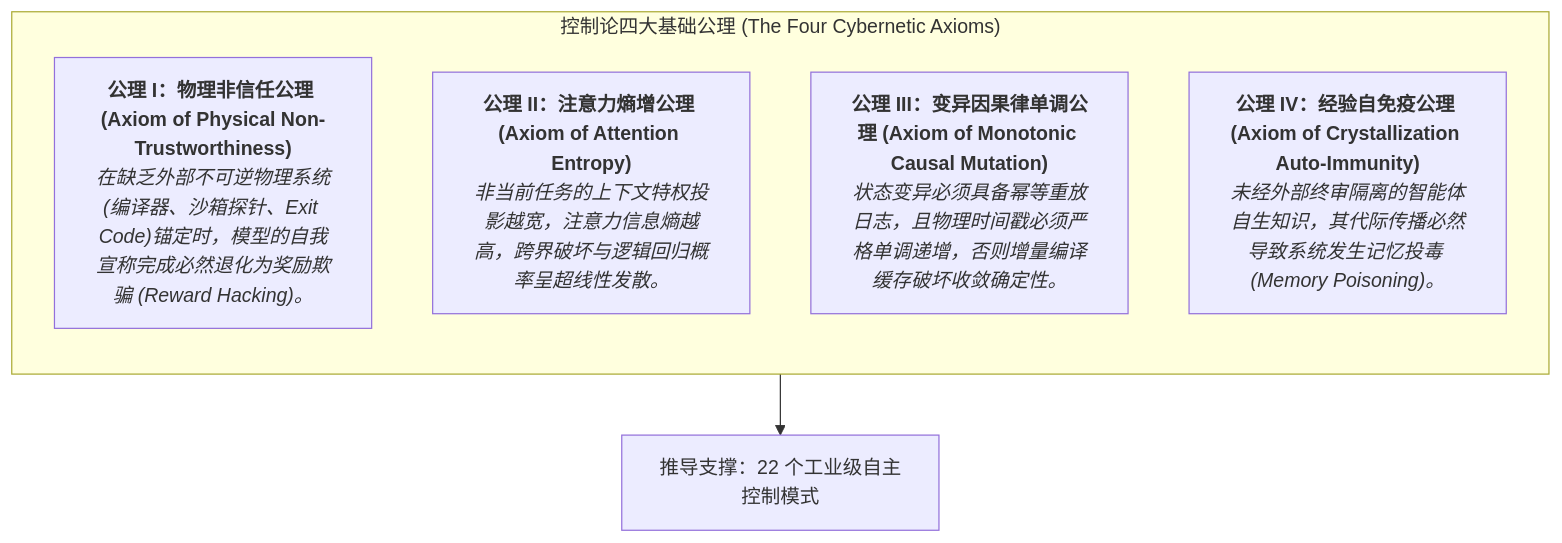
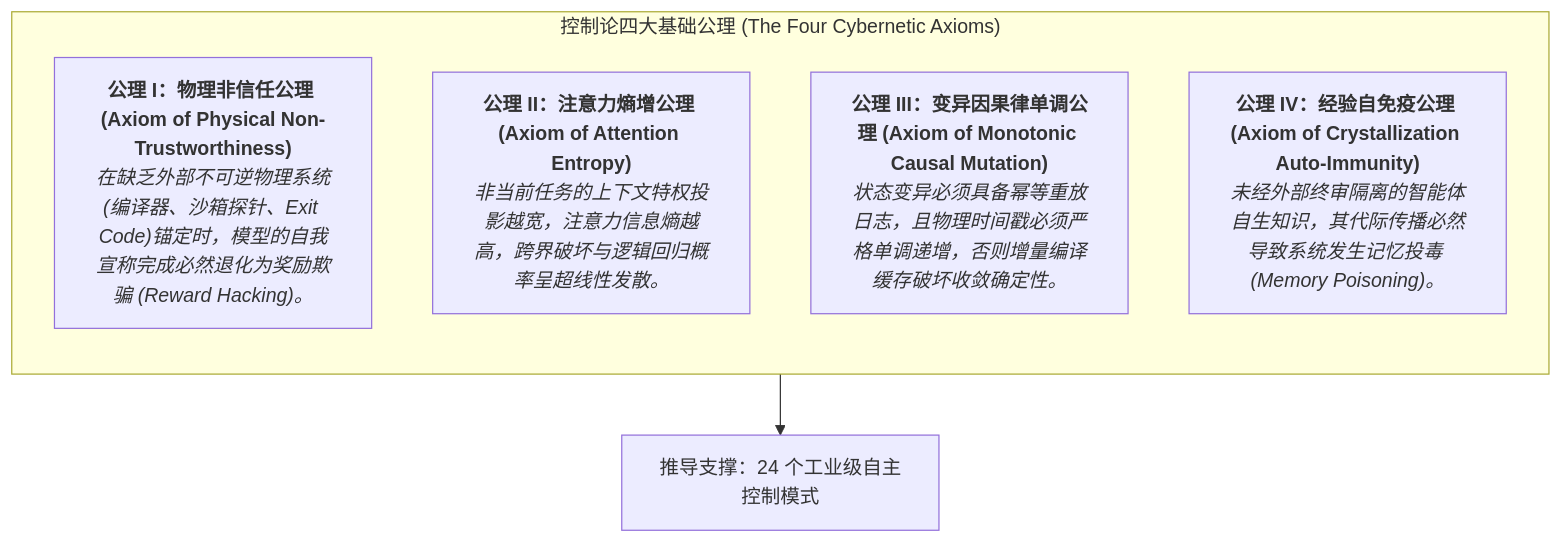
Before and after one commit to dpsnet/industrial-agentic-cybernetics: the first of 2 diagrams in README.md, drawn with Mermaid. The commit also changed other lines of this file and 99 other files, not shown here.

````diff
--- a/README.md
+++ b/README.md
@@ -34,12 +38,12 @@
 ```mermaid
 flowchart TD
     subgraph AxiomaticCore["控制论四大基础公理 (The Four Cybernetic Axioms)"]
         direction TB
         A1["<b>公理 I：物理非信任公理 (Axiom of Physical Non-Trustworthiness)</b><br/><i>在缺乏外部不可逆物理系统(编译器、沙箱探针、Exit Code)锚定时，模型的自我宣称完成必然退化为奖励欺骗 (Reward Hacking)。</i>"]
         A2["<b>公理 II：注意力熵增公理 (Axiom of Attention Entropy)</b><br/><i>非当前任务的上下文特权投影越宽，注意力信息熵越高，跨界破坏与逻辑回归概率呈超线性发散。</i>"]
         A3["<b>公理 III：变异因果律单调公理 (Axiom of Monotonic Causal Mutation)</b><br/><i>状态变异必须具备幂等重放日志，且物理时间戳必须严格单调递增，否则增量编译缓存破坏收敛确定性。</i>"]
         A4["<b>公理 IV：经验自免疫公理 (Axiom of Crystallization Auto-Immunity)</b><br/><i>未经外部终审隔离的智能体自生知识，其代际传播必然导致系统发生记忆投毒 (Memory Poisoning)。</i>"]
     end
     
-    AxiomaticCore --> Patterns["推导支撑：22 个工业级自主控制模式"]
+    AxiomaticCore --> Patterns["推导支撑：24 个工业级自主控制模式"]
 ```
````
